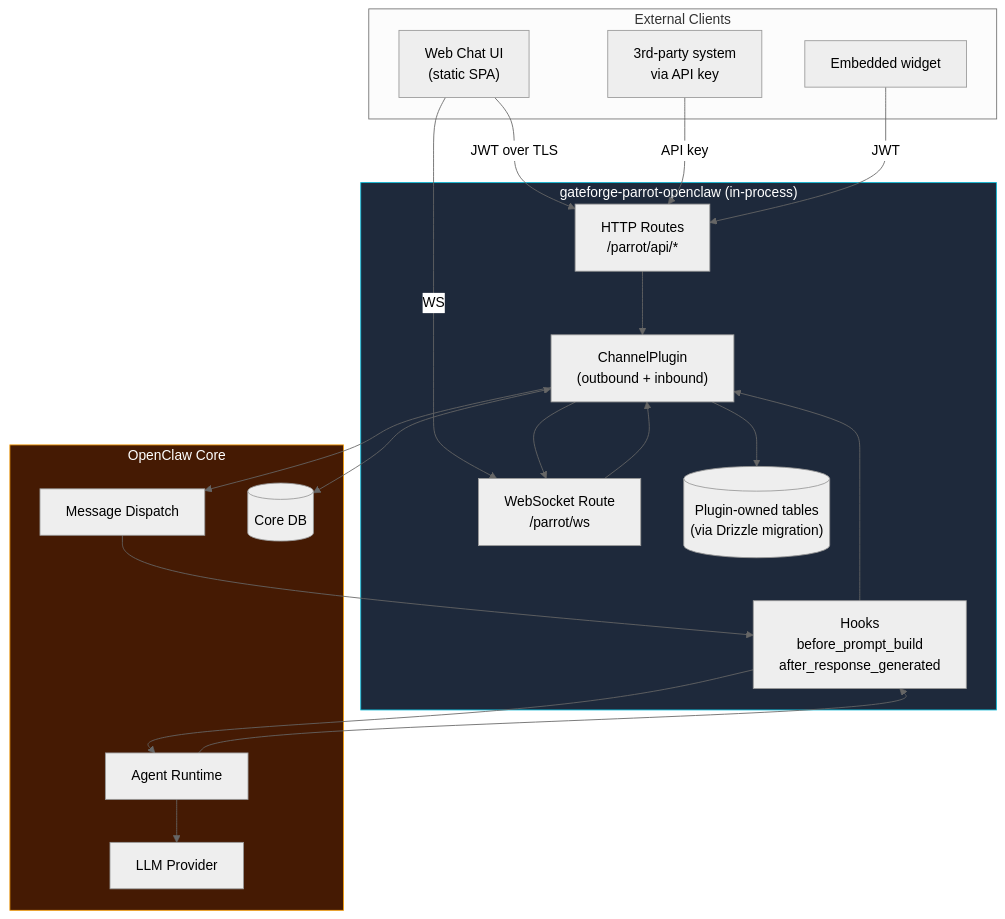
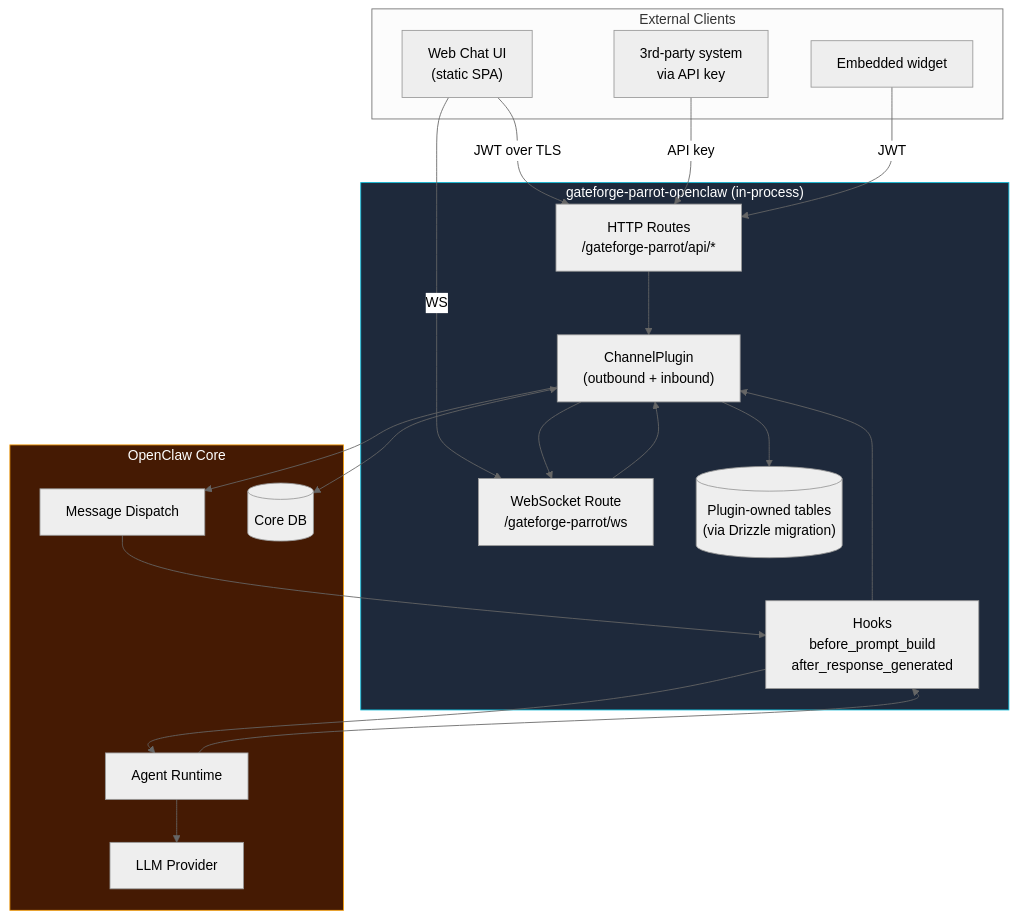
The first of 3 diagrams in PLUGIN_DESIGN.md (tonylnng/gateforge-parrot-openclaw), drawn with Mermaid (neutral theme) before and after one commit. The commit also changed other lines of this file and 22 other files, not shown here.

````diff
--- a/PLUGIN_DESIGN.md
+++ b/PLUGIN_DESIGN.md
@@ -23,43 +23,43 @@
 ```mermaid
 flowchart TB
     subgraph Clients["External Clients"]
         WebUI["Web Chat UI<br/>(static SPA)"]
         ThirdParty["3rd-party system<br/>via API key"]
         Embed["Embedded widget"]
     end
 
     subgraph Plugin["gateforge-parrot-openclaw (in-process)"]
-        HttpRoute["HTTP Routes<br/>/parrot/api/*"]
-        WsRoute["WebSocket Route<br/>/parrot/ws"]
+        HttpRoute["HTTP Routes<br/>/gateforge-parrot/api/*"]
+        WsRoute["WebSocket Route<br/>/gateforge-parrot/ws"]
         Channel["ChannelPlugin<br/>(outbound + inbound)"]
         Hooks["Hooks<br/>before_prompt_build<br/>after_response_generated"]
         DB[("Plugin-owned tables<br/>(via Drizzle migration)")]
     end
 
     subgraph Core["OpenClaw Core"]
         Dispatch["Message Dispatch"]
         Agent["Agent Runtime"]
         Provider["LLM Provider"]
         CoreDB[("Core DB")]
     end
 
     WebUI -->|JWT over TLS| HttpRoute
     WebUI -->|WS| WsRoute
     ThirdParty -->|API key| HttpRoute
     Embed -->|JWT| HttpRoute
 
     HttpRoute --> Channel
     WsRoute --> Channel
     Channel --> Dispatch
     Dispatch --> Hooks
     Hooks --> Agent
     Agent --> Provider
     Agent --> Hooks
     Hooks --> Channel
     Channel --> WsRoute
     Channel --> DB
     Channel <--> CoreDB
 
     style Plugin fill:#1e293b,stroke:#06b6d4,color:#fff
     style Core fill:#451a03,stroke:#f59e0b,color:#fff
 ```
````
